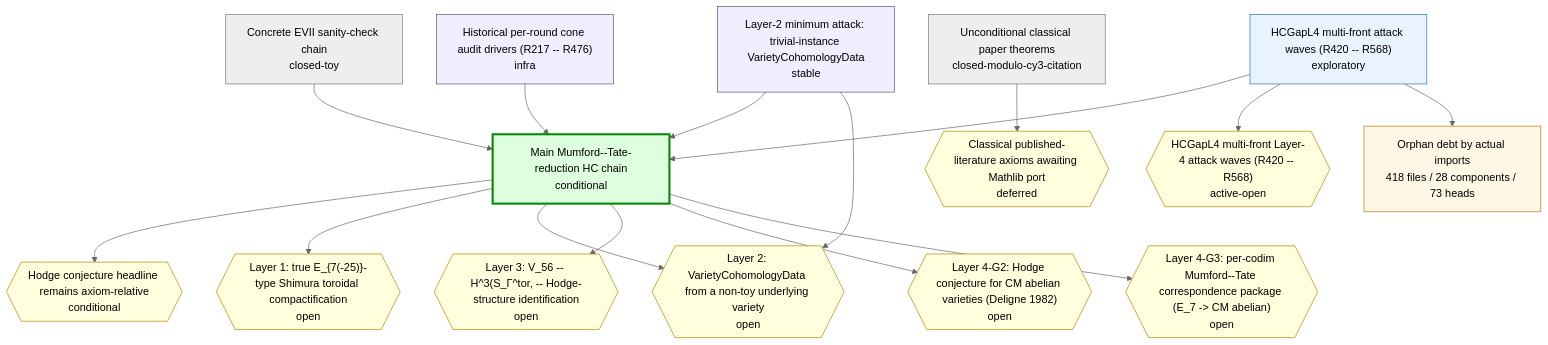
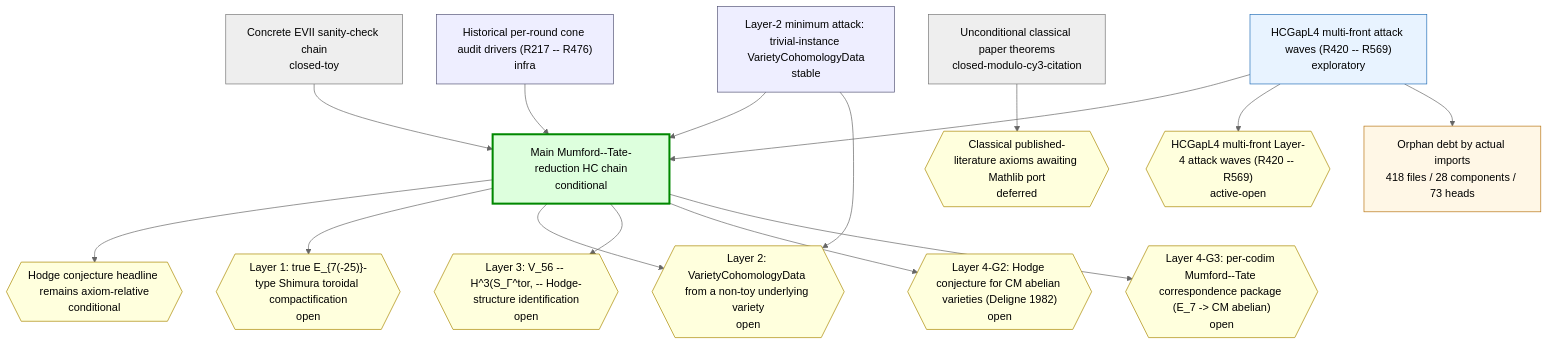
One commit to crabsatellite/hodge-conjecture-lean4-formalization changed the first of 2 diagrams in chain-status/research-map.md. Above: the diagram before and after it, drawn with Mermaid (neutral theme). The commit also changed other lines of this file and 7 other files, not shown here.

````diff
--- a/chain-status/research-map.md
+++ b/chain-status/research-map.md
@@ -45,44 +45,44 @@
 ```mermaid
 graph TD
   classDef main fill:#dfd,stroke:#080,stroke-width:3px
   classDef active fill:#e8f3ff,stroke:#2670b8
   classDef support fill:#eef,stroke:#557
   classDef closed fill:#eee,stroke:#777
   classDef dead fill:#fdd,stroke:#a00,stroke-width:2px
   classDef gapOpen fill:#ffd,stroke:#a80
   classDef gapClosed fill:#eee,stroke:#777
   classDef gapDead fill:#fdd,stroke:#a00
   classDef debt fill:#fff7e6,stroke:#b87514
   classDef debtTaxonomy fill:#e8f3ff,stroke:#2670b8,stroke-dasharray:3 3
   classDef debtRule fill:#eefbea,stroke:#398439,stroke-dasharray:3 3
   classDef debtDead fill:#fdd,stroke:#a00,stroke-dasharray:3 3
   chain_main_hc_axiom_relative["Main Mumford--Tate-reduction HC chain\nconditional"]:::main
   chain_unconditional_classical["Unconditional classical paper theorems\nclosed-modulo-cy3-citation"]:::closed
   chain_hcgap_l2_trivial_instances["Layer-2 minimum attack: trivial-instance VarietyCohomologyData\nstable"]:::support
-  chain_hcgap_l4_multifront_active["HCGapL4 multi-front attack waves (R420 -- R568)\nexploratory"]:::active
+  chain_hcgap_l4_multifront_active["HCGapL4 multi-front attack waves (R420 -- R569)\nexploratory"]:::active
   chain_concrete_evii_toy["Concrete EVII sanity-check chain\nclosed-toy"]:::closed
   chain_historical_cone_audits["Historical per-round cone audit drivers (R217 -- R476)\ninfra"]:::support
   gap_G_main_hc{{"Hodge conjecture headline remains axiom-relative\nconditional"}}:::gapOpen
   gap_G_l1_e7_shimura_tor{{"Layer 1: true E_{7(-25)}-type Shimura toroidal compactification\nopen"}}:::gapOpen
   gap_G_l2_cohomology_construction{{"Layer 2: VarietyCohomologyData from a non-toy underlying variety\nopen"}}:::gapOpen
   gap_G_l3_v56_mt_identification{{"Layer 3: V_56 -- H^3(S_Γ^tor, -- Hodge-structure identification\nopen"}}:::gapOpen
   gap_G_l4_cm_abelian_hc{{"Layer 4-G2: Hodge conjecture for CM abelian varieties (Deligne 1982)\nopen"}}:::gapOpen
   gap_G_l4_mt_correspondence{{"Layer 4-G3: per-codim Mumford--Tate correspondence package (E_7 -> CM abelian)\nopen"}}:::gapOpen
   gap_G_classical_mathlib_port{{"Classical published-literature axioms awaiting Mathlib port\ndeferred"}}:::gapOpen
-  gap_G_hcgap_l4_multifront{{"HCGapL4 multi-front Layer-4 attack waves (R420 -- R568)\nactive-open"}}:::gapOpen
+  gap_G_hcgap_l4_multifront{{"HCGapL4 multi-front Layer-4 attack waves (R420 -- R569)\nactive-open"}}:::gapOpen
   chain_main_hc_axiom_relative --> gap_G_main_hc
   chain_main_hc_axiom_relative --> gap_G_l1_e7_shimura_tor
   chain_main_hc_axiom_relative --> gap_G_l2_cohomology_construction
   chain_main_hc_axiom_relative --> gap_G_l3_v56_mt_identification
   chain_main_hc_axiom_relative --> gap_G_l4_cm_abelian_hc
   chain_main_hc_axiom_relative --> gap_G_l4_mt_correspondence
   chain_unconditional_classical --> gap_G_classical_mathlib_port
   chain_hcgap_l2_trivial_instances --> chain_main_hc_axiom_relative
   chain_hcgap_l2_trivial_instances --> gap_G_l2_cohomology_construction
   chain_hcgap_l4_multifront_active --> chain_main_hc_axiom_relative
   chain_hcgap_l4_multifront_active --> gap_G_hcgap_l4_multifront
   chain_concrete_evii_toy --> chain_main_hc_axiom_relative
   chain_historical_cone_audits --> chain_main_hc_axiom_relative
   debt_all["Orphan debt by actual imports\n418 files / 28 components / 73 heads"]:::debt
   chain_hcgap_l4_multifront_active --> debt_all
 ```
````
